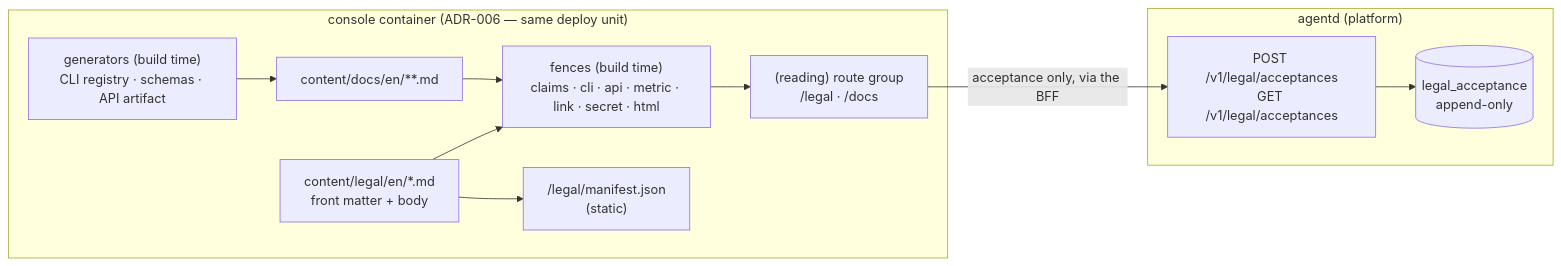
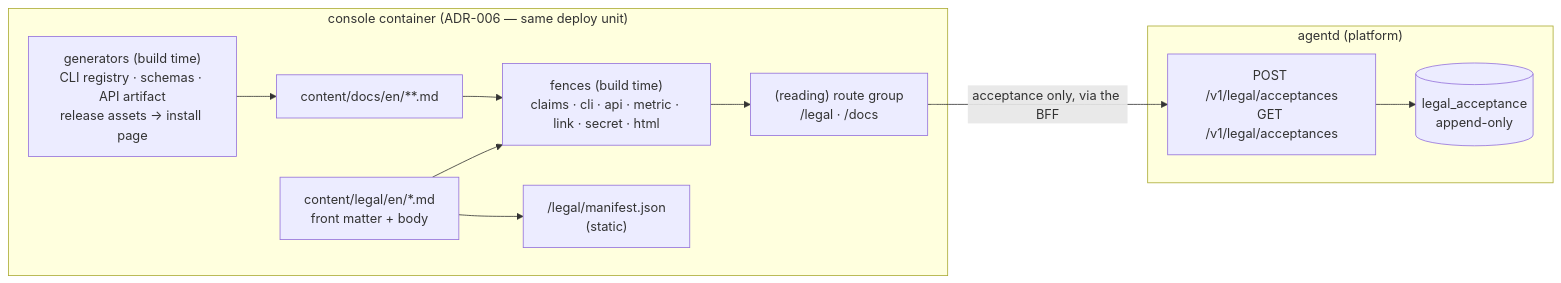
The diagram in docs/prd/P23-legal-and-developer-docs.md (damonleelcx/heros-agent), drawn with Mermaid before and after one commit. The commit also changed other lines of this file and 9 other files, not shown here.

````diff
--- a/docs/prd/P23-legal-and-developer-docs.md
+++ b/docs/prd/P23-legal-and-developer-docs.md
@@ -272,20 +337,20 @@
 ```mermaid
 flowchart LR
   subgraph console["console container (ADR-006 — same deploy unit)"]
     C1["content/legal/en/*.md<br/>front matter + body"]
     C2["content/docs/en/**.md"]
-    G["generators (build time)<br/>CLI registry · schemas · API artifact"]
+    G["generators (build time)<br/>CLI registry · schemas · API artifact<br/>release assets → install page"]
     F["fences (build time)<br/>claims · cli · api · metric · link · secret · html"]
     R["(reading) route group<br/>/legal · /docs"]
     M["/legal/manifest.json<br/>(static)"]
   end
   subgraph platform["agentd (platform)"]
     A["POST /v1/legal/acceptances<br/>GET /v1/legal/acceptances"]
     DB[("legal_acceptance<br/>append-only")]
   end
   C1 --> F --> R
   C2 --> F
   G --> C2
   C1 --> M
   R -- "acceptance only, via the BFF" --> A --> DB
 ```
````
